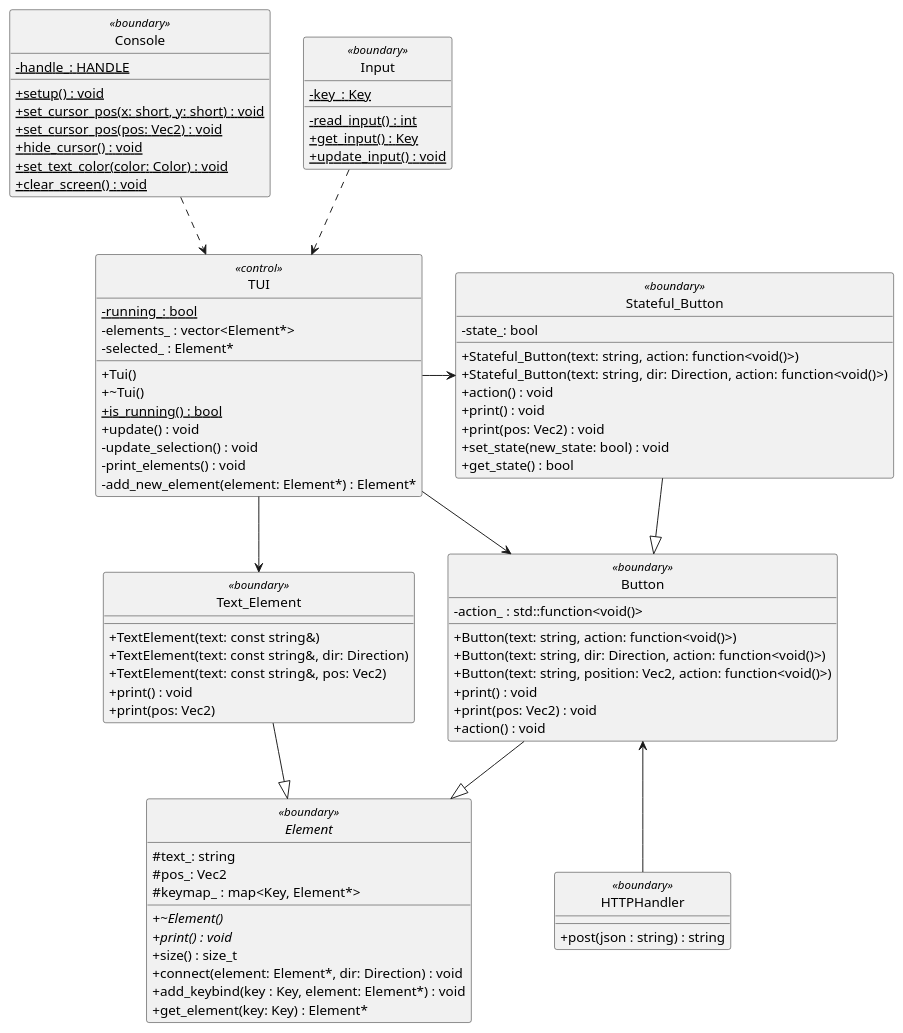
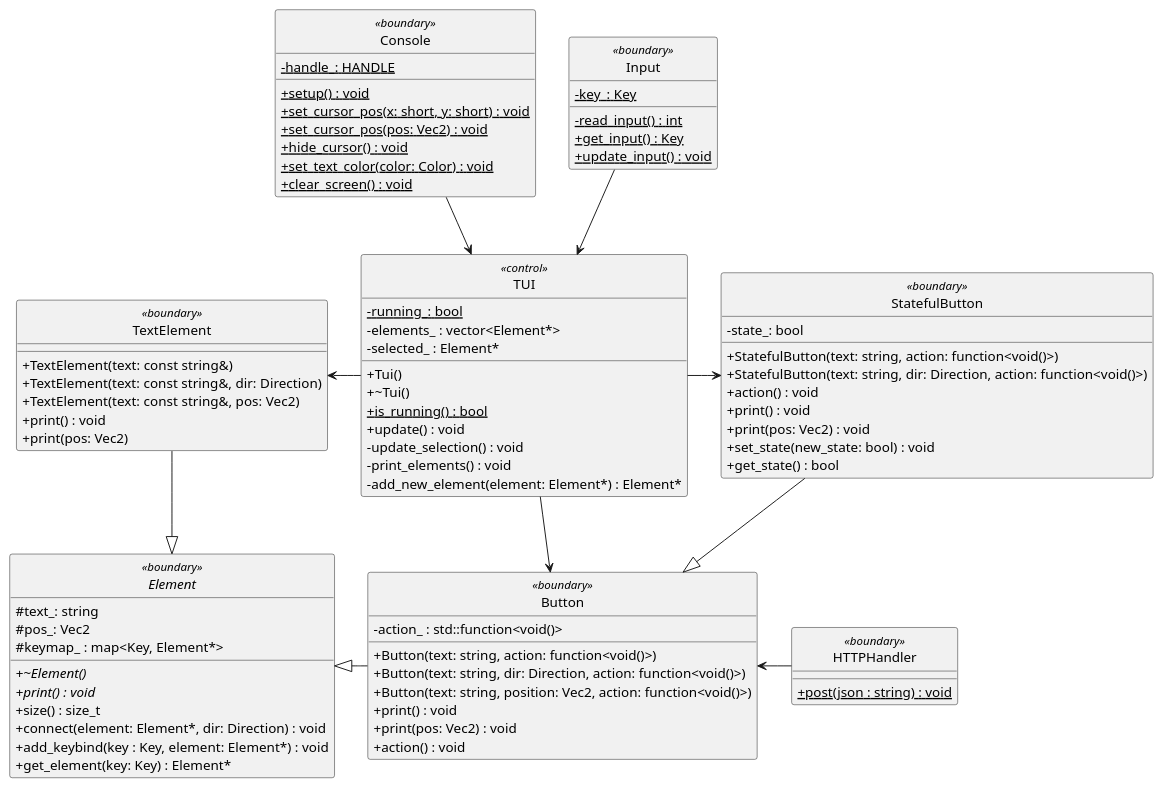
The diagram in docs/diagrams/Plantuml/apModel/pc_classes.puml (lineklemensen/PRJ3), drawn with PlantUML before and after one commit.

Commit message:
Preliminary CD update UC2-pc

```diff
--- a/docs/diagrams/Plantuml/apModel/pc_classes.puml
+++ b/docs/diagrams/Plantuml/apModel/pc_classes.puml
@@ -1,108 +1,108 @@
 @startuml PCClasses
 
 hide circle
 skinparam {
     packageStyle rectangle
     'Linetype ortho
     ClassAttributeIconSize 0
 }
 
 class "TUI" as tui <<control>>
 {
     - {static}running_: bool
     - elements_ : vector<Element*>
     - selected_ : Element*
 
     + Tui()
     + ~Tui()
     + {static}is_running() : bool
     + update() : void
     - update_selection() : void
     - print_elements() : void
     - add_new_element(element: Element*) : Element*
 }
 
 class "Console" as cs <<boundary>>
 {
     -{static}handle_: HANDLE
     +{static}setup() : void
     +{static}set_cursor_pos(x: short, y: short) : void
     +{static}set_cursor_pos(pos: Vec2) : void
     +{static}hide_cursor() : void
     +{static}set_text_color(color: Color) : void
     +{static}clear_screen() : void
 
 }
 
 class "Input" as in <<boundary>>
 {
     -{static}key_: Key
     -{static}read_input() : int
     +{static}get_input() : Key
     +{static}update_input() : void
 }
 
 class "Button" as b <<boundary>>
 {
     -{field}action_ : std::function<void()>
     +Button(text: string, action: function<void()>)
     +Button(text: string, dir: Direction, action: function<void()>)
     +Button(text: string, position: Vec2, action: function<void()>)
     +print() : void
     +print(pos: Vec2) : void
     +action() : void
 }
 
 abstract "Element" as e <<boundary>>
 {
     +{abstract}~Element()
     +{abstract}print() : void
     + size() : size_t
     + connect(element: Element*, dir: Direction) : void
     + add_keybind(key : Key, element: Element*) : void
     + get_element(key: Key) : Element*
     # text_: string
     # pos_: Vec2
     # keymap_ : map<Key, Element*>
 }
 
-class "Text_Element" as te <<boundary>>
+class "TextElement" as te <<boundary>>
 {
     + TextElement(text: const string&)
     + TextElement(text: const string&, dir: Direction)
     + TextElement(text: const string&, pos: Vec2)
     + print() : void
     + print(pos: Vec2)
 }
 
-class "Stateful_Button" as sb <<boundary>>
+class "StatefulButton" as sb <<boundary>>
 {
     - state_: bool
-    +Stateful_Button(text: string, action: function<void()>)
-    +Stateful_Button(text: string, dir: Direction, action: function<void()>)
+    +StatefulButton(text: string, action: function<void()>)
+    +StatefulButton(text: string, dir: Direction, action: function<void()>)
     +action() : void
     +print() : void
     +print(pos: Vec2) : void
     +set_state(new_state: bool) : void
     + get_state() : bool
 }
 
 class "HTTPHandler" as http <<boundary>>
 {
-    +post(json : string) : string
+    + {static}post(json : string) : void
 }
 
 
-b --|> e
-te --|> e
+b -l-|> e
+te -d-|> e
 sb --|> b
 
-tui --> te
+tui -l-> te
 tui -r-> sb
 tui --> b
 
-cs ..> tui
-in ..> tui
+cs --> tui
+in --> tui
 
-http -u-> b
+http -l-> b
 @enduml
```
